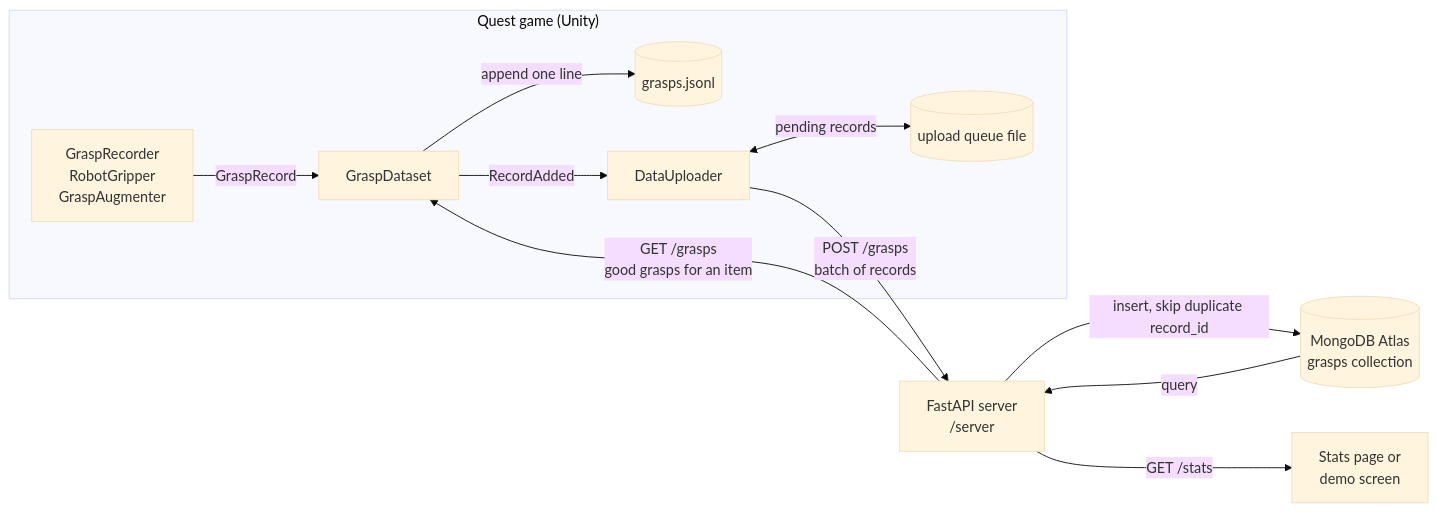
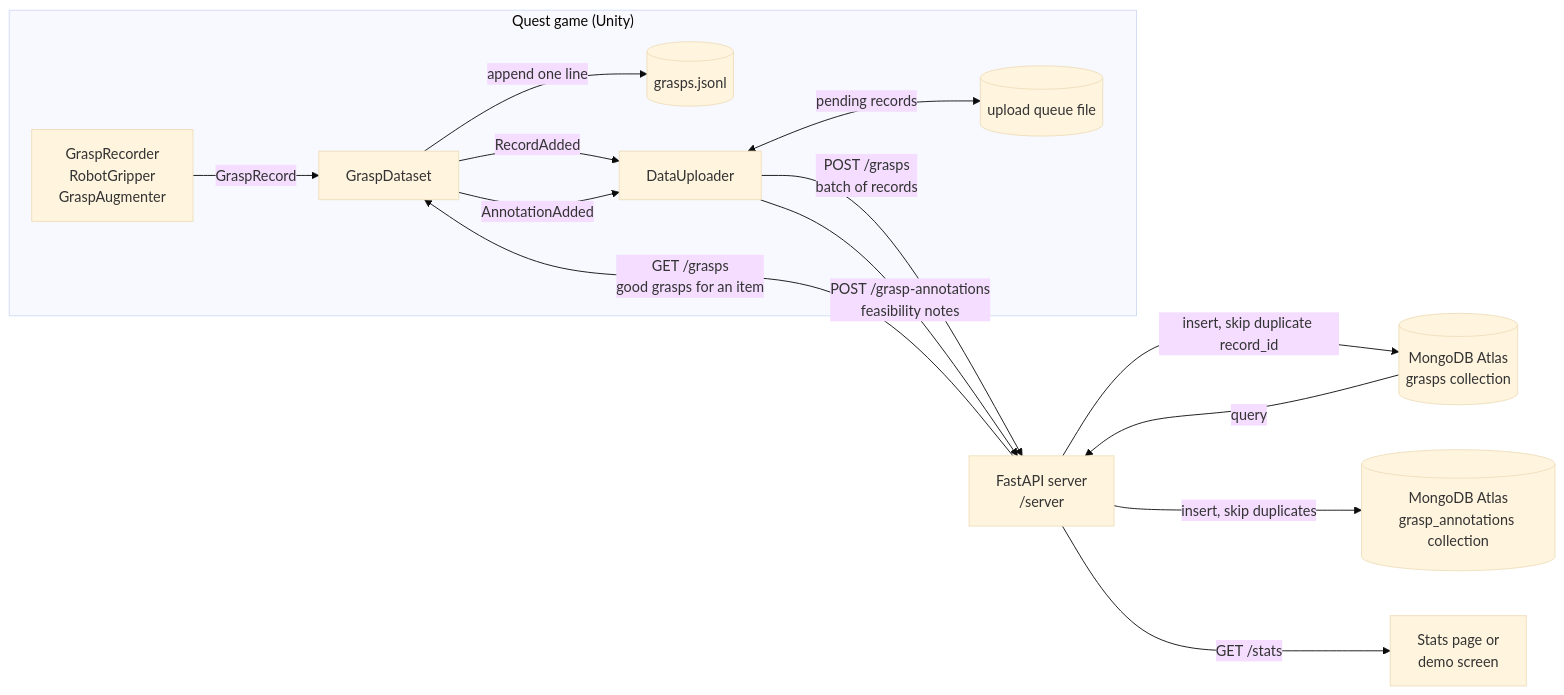
Before and after one commit to hornkrn/HackGT-SortQuest: the diagram in README.md, drawn with Mermaid (base theme). The commit also changed other lines of this file and 25 other files, not shown here.

````diff
--- a/README.md
+++ b/README.md
@@ -160,14 +192,17 @@
 ```mermaid
 flowchart LR
     subgraph Quest["Quest game (Unity)"]
         R["GraspRecorder<br/>RobotGripper<br/>GraspAugmenter"] -->|GraspRecord| D[GraspDataset]
         D -->|append one line| F[("grasps.jsonl")]
         D -->|RecordAdded| U["DataUploader"]
         U <-->|pending records| Q[("upload queue file")]
     end
+    D -->|AnnotationAdded| U
     U -->|"POST /grasps<br/>batch of records"| A["FastAPI server<br/>/server"]
+    U -->|"POST /grasp-annotations<br/>feasibility notes"| A
     A -->|"insert, skip duplicate record_id"| M[("MongoDB Atlas<br/>grasps collection")]
+    A -->|"insert, skip duplicates"| N[("MongoDB Atlas<br/>grasp_annotations collection")]
     M -->|query| A
     A -->|"GET /grasps<br/>good grasps for an item"| D
     A -->|"GET /stats"| W["Stats page or<br/>demo screen"]
 ```
````
